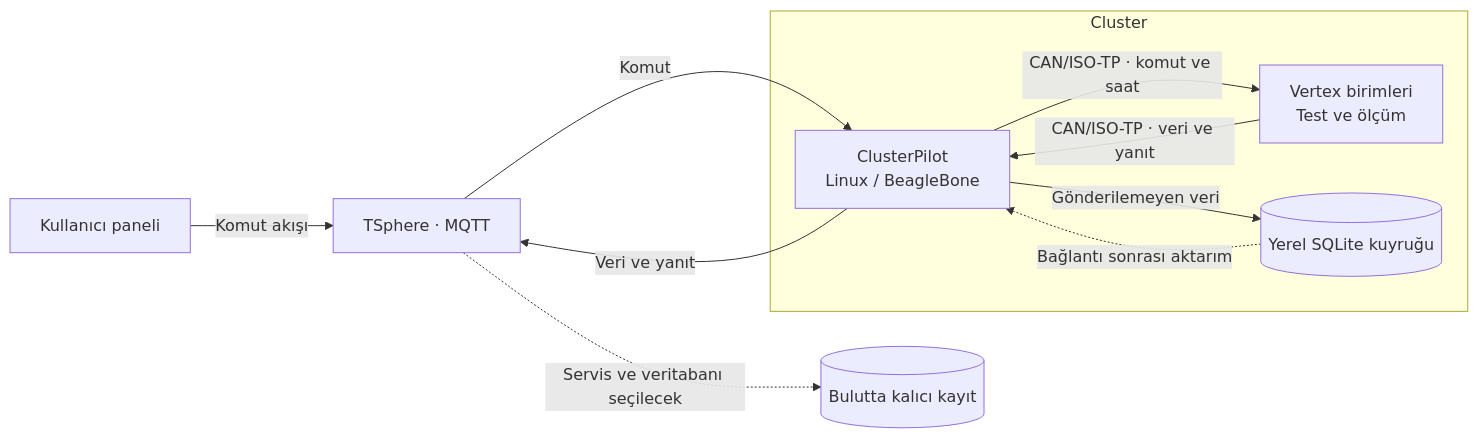
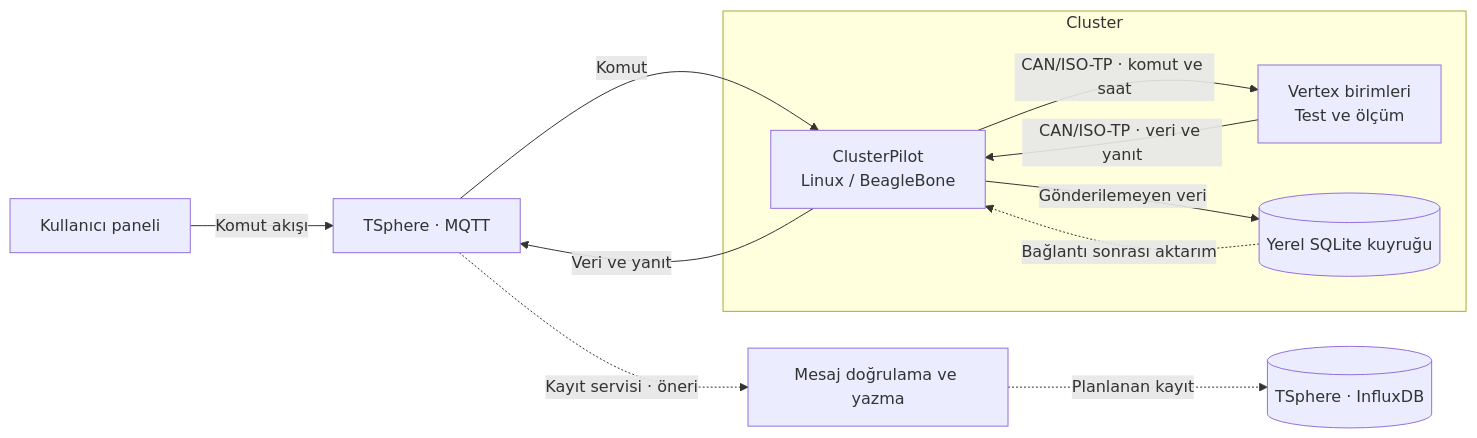
One commit to mkadayifci/tronloop-defteri-kebir changed the diagram in docs/03-software/architecture.md. Above: the diagram before and after it, drawn with Mermaid. The commit also changed other lines of this file and 7 other files, not shown here.

````diff
--- a/docs/03-software/architecture.md
+++ b/docs/03-software/architecture.md
@@ -17,16 +17,17 @@
 ```mermaid
 flowchart LR
     PANEL["Kullanıcı paneli"] -->|Komut akışı| MQTT["TSphere · MQTT"]
     subgraph CLUSTER["Cluster"]
         V["Vertex birimleri<br/>Test ve ölçüm"]
         CP["ClusterPilot<br/>Linux / BeagleBone"]
         SQL[("Yerel SQLite kuyruğu")]
         V -->|"CAN/ISO-TP · veri ve yanıt"| CP
         CP -->|"CAN/ISO-TP · komut ve saat"| V
         CP -->|Gönderilemeyen veri| SQL
         SQL -.->|Bağlantı sonrası aktarım| CP
     end
     CP -->|Veri ve yanıt| MQTT
     MQTT -->|Komut| CP
-    MQTT -.->|"Servis ve veritabanı seçilecek"| STORE[("Bulutta kalıcı kayıt")]
+    MQTT -.->|"Kayıt servisi · öneri"| INGEST["Mesaj doğrulama ve yazma"]
+    INGEST -.->|"Planlanan kayıt"| STORE[("TSphere · InfluxDB")]
 ```
````
